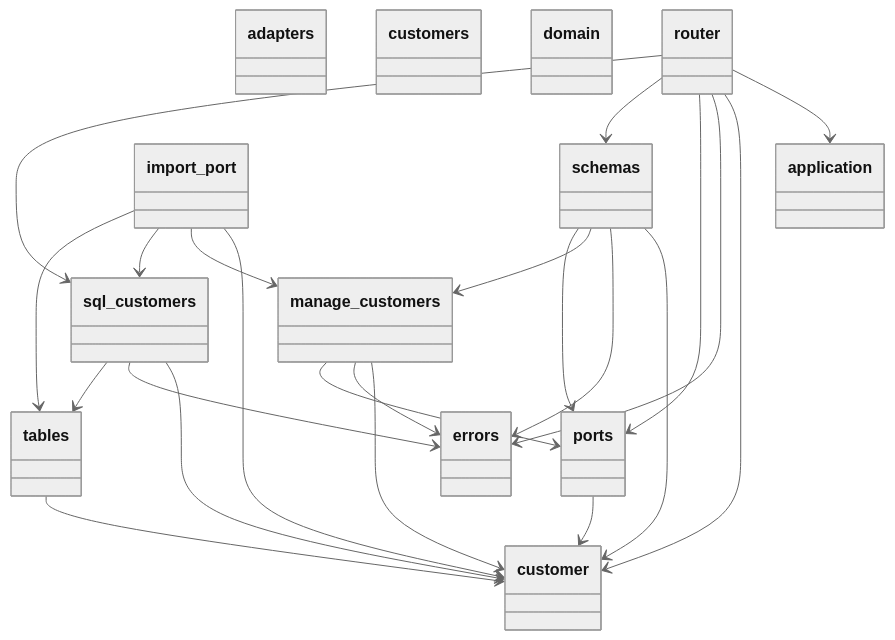
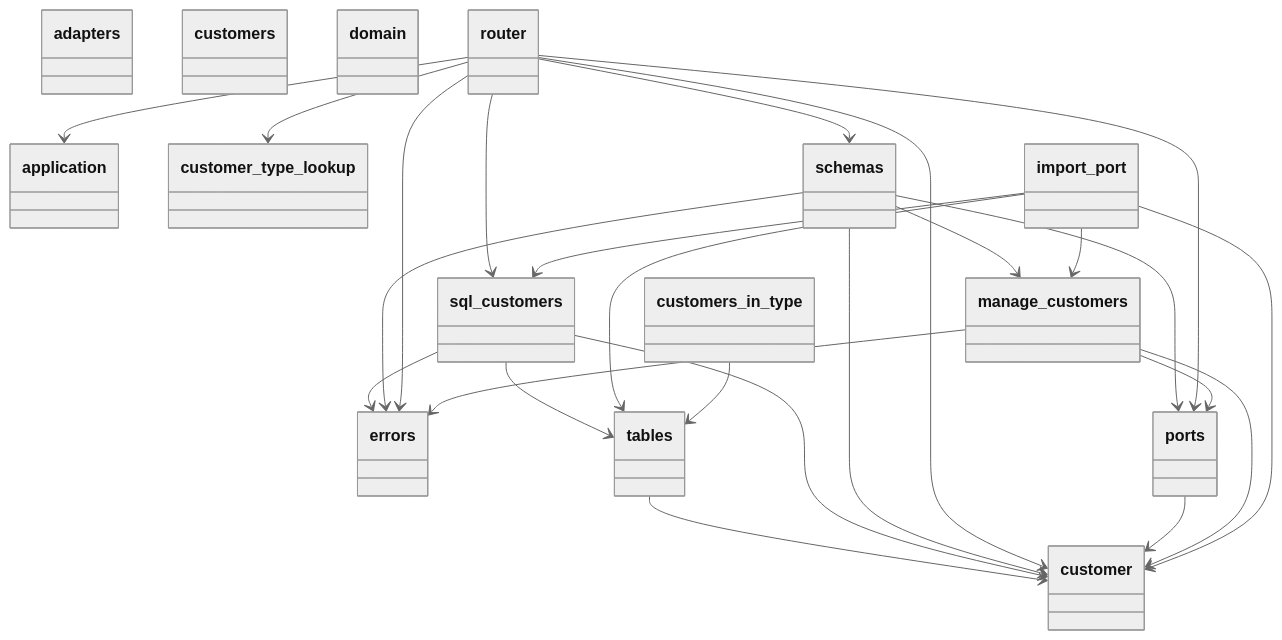
The first of 4 diagrams in docs/architecture/generated/classes/customers.md (GonzaloZevallos/apostrophe), drawn with Mermaid (neutral theme) before and after one commit. The commit also changed other lines of this file and 17 other files, not shown here.

````diff
--- a/docs/architecture/generated/classes/customers.md
+++ b/docs/architecture/generated/classes/customers.md
@@ -7,51 +7,57 @@
 ```mermaid
 classDiagram
   class adapters {
   }
   class application {
   }
   class customer {
   }
+  class customer_type_lookup {
+  }
   class customers {
+  }
+  class customers_in_type {
   }
   class domain {
   }
   class errors {
   }
   class import_port {
   }
   class manage_customers {
   }
   class ports {
   }
   class router {
   }
   class schemas {
   }
   class sql_customers {
   }
   class tables {
   }
+  customers_in_type --> tables
   import_port --> customer
   import_port --> manage_customers
   import_port --> sql_customers
   import_port --> tables
   manage_customers --> customer
   manage_customers --> errors
   manage_customers --> ports
   ports --> customer
   router --> application
   router --> customer
+  router --> customer_type_lookup
   router --> errors
   router --> ports
   router --> schemas
   router --> sql_customers
   schemas --> customer
   schemas --> errors
   schemas --> manage_customers
   schemas --> ports
   sql_customers --> customer
   sql_customers --> errors
   sql_customers --> tables
   tables --> customer
 ```
````
